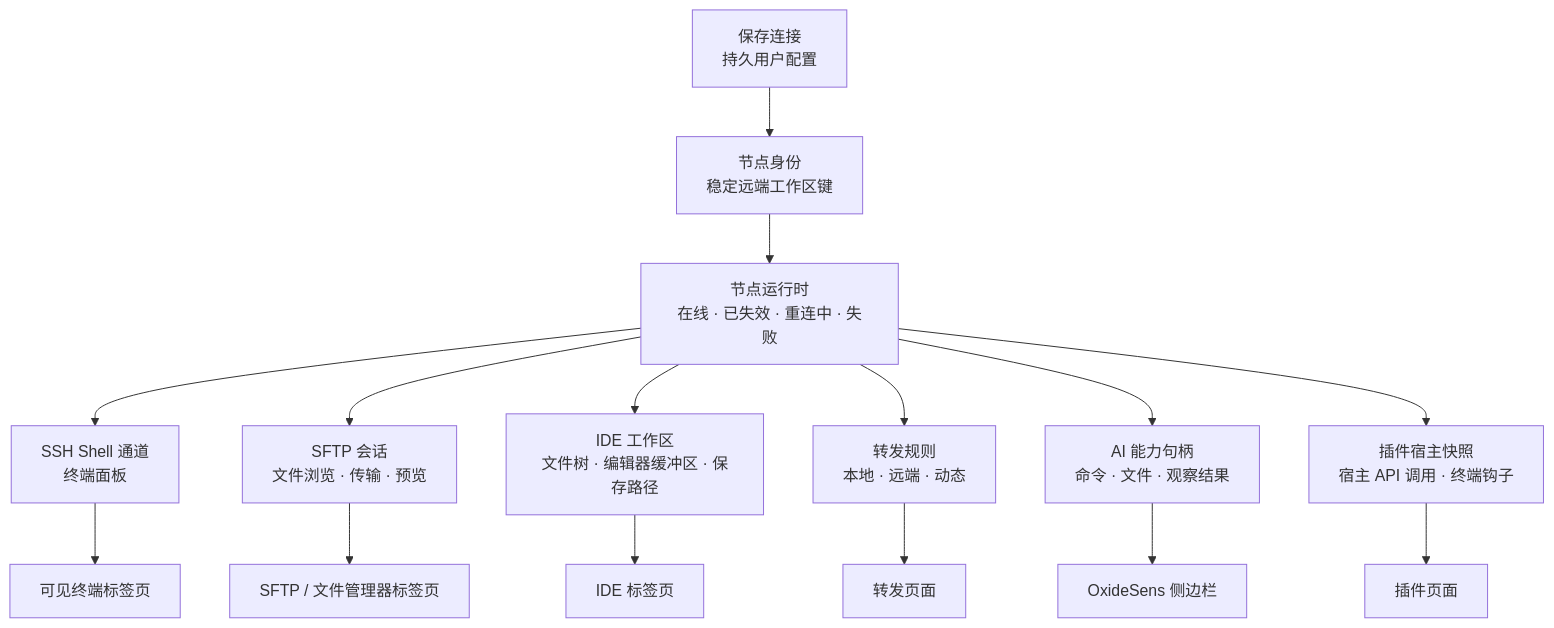
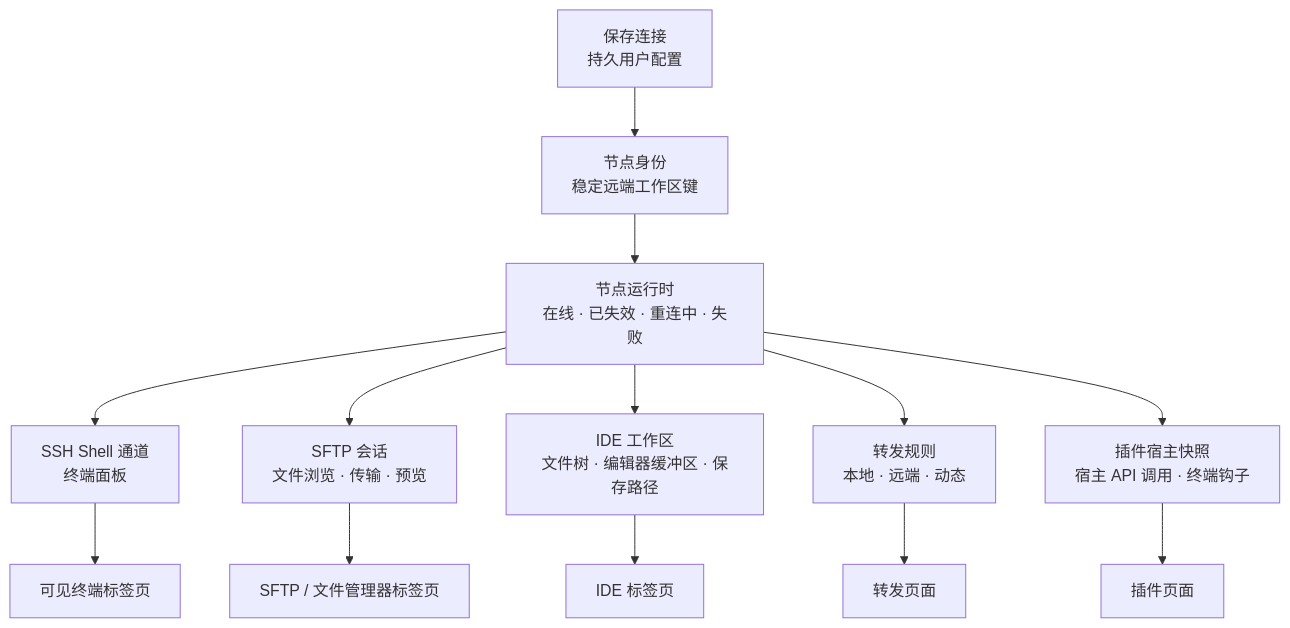
The fifth of 12 diagrams in docs/user-guide/zh-Hans/architecture.md (imeilige/oxideterm), drawn with Mermaid before and after one commit. The commit also changed other lines of this file and 339 other files, not shown here.

````diff
--- a/docs/user-guide/zh-Hans/architecture.md
+++ b/docs/user-guide/zh-Hans/architecture.md
@@ -444,19 +423,17 @@
 ```mermaid
 flowchart TB
     Saved["保存连接<br/>持久用户配置"] --> NodeId["节点身份<br/>稳定远端工作区键"]
     NodeId --> NodeRuntime["节点运行时<br/>在线 · 已失效 · 重连中 · 失败"]
 
     NodeRuntime --> Shell["SSH Shell 通道<br/>终端面板"]
     NodeRuntime --> Sftp["SFTP 会话<br/>文件浏览 · 传输 · 预览"]
     NodeRuntime --> Ide["IDE 工作区<br/>文件树 · 编辑器缓冲区 · 保存路径"]
     NodeRuntime --> Forward["转发规则<br/>本地 · 远端 · 动态"]
-    NodeRuntime --> AiTarget["AI 能力句柄<br/>命令 · 文件 · 观察结果"]
     NodeRuntime --> PluginConsumers["插件宿主快照<br/>宿主 API 调用 · 终端钩子"]
 
     Shell --> TerminalTabs["可见终端标签页"]
     Sftp --> SftpTabs["SFTP / 文件管理器标签页"]
     Ide --> IdeTabs["IDE 标签页"]
     Forward --> ForwardSurface["转发页面"]
-    AiTarget --> AiSidebar["OxideSens 侧边栏"]
     PluginConsumers --> PluginSurfaces["插件页面"]
 ```
````
